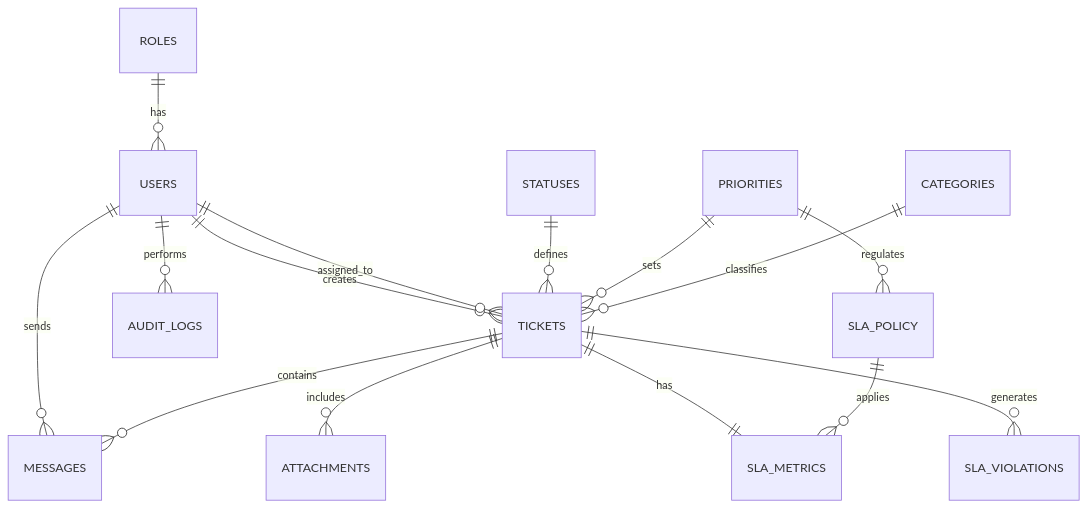
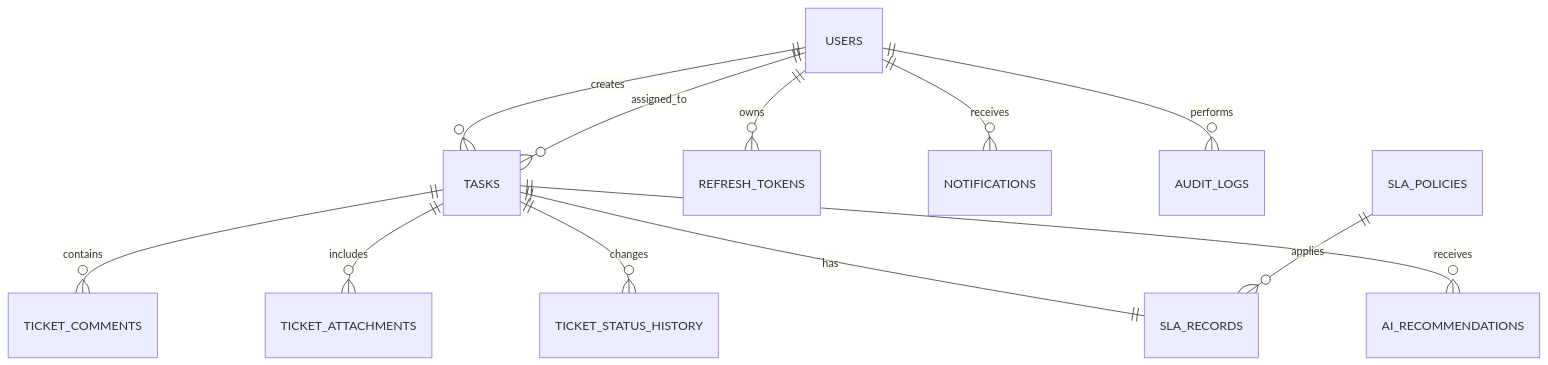
Before and after one commit to lol-kek-help/dip-ii: the diagram in docs/database.md, drawn with Mermaid. The commit also changed other lines of this file and 1 other file, not shown here.

Commit message:
docs: add database ER schema

````diff
--- a/docs/database.md
+++ b/docs/database.md
@@ -2,22 +18,16 @@
 ```mermaid
 erDiagram
+    USERS ||--o{ TASKS : creates
+    USERS ||--o{ TASKS : assigned_to
+    USERS ||--o{ REFRESH_TOKENS : owns
+    USERS ||--o{ NOTIFICATIONS : receives
+    USERS ||--o{ AUDIT_LOGS : performs
 
-  ROLES ||--o{ USERS : has
-  USERS ||--o{ TICKETS : creates
-  USERS ||--o{ TICKETS : assigned_to
-  USERS ||--o{ MESSAGES : sends
-  USERS ||--o{ AUDIT_LOGS : performs
+    TASKS ||--o{ TICKET_COMMENTS : contains
+    TASKS ||--o{ TICKET_ATTACHMENTS : includes
+    TASKS ||--o{ TICKET_STATUS_HISTORY : changes
+    TASKS ||--|| SLA_RECORDS : has
+    TASKS ||--o{ AI_RECOMMENDATIONS : receives
 
-  STATUSES ||--o{ TICKETS : defines
-  PRIORITIES ||--o{ TICKETS : sets
-  CATEGORIES ||--o{ TICKETS : classifies
-
-  TICKETS ||--o{ MESSAGES : contains
-  TICKETS ||--o{ ATTACHMENTS : includes
-  TICKETS ||--|| SLA_METRICS : has
-  TICKETS ||--o{ SLA_VIOLATIONS : generates
-
-  PRIORITIES ||--o{ SLA_POLICY : regulates
-  SLA_POLICY ||--o{ SLA_METRICS : applies
-
+    SLA_POLICIES ||--o{ SLA_RECORDS : applies
 ```
````
